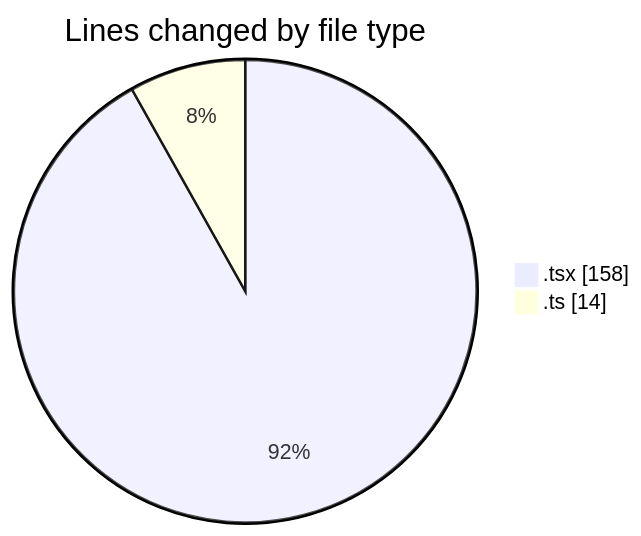
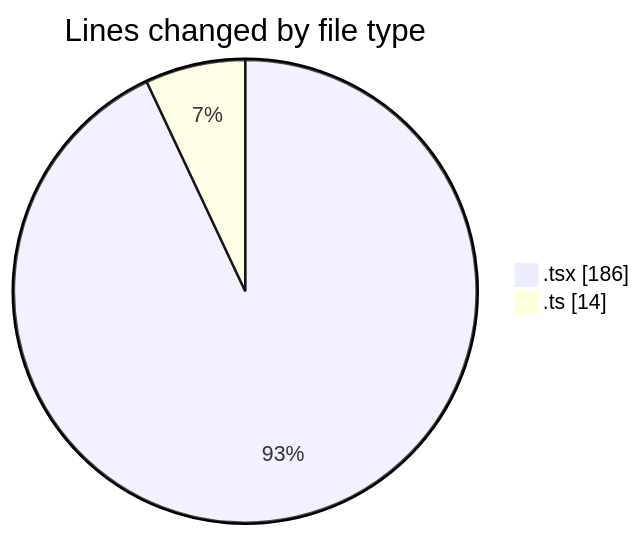
Before and after one commit to robertbonfada/code-tracking: the first of 2 diagrams in 2025-01-10/mbc-web/README.md, drawn with Mermaid. The commit also changed other lines of this file and 1 other file, not shown here.

````diff
--- a/2025-01-10/mbc-web/README.md
+++ b/2025-01-10/mbc-web/README.md
@@ -23,6 +23,6 @@
 ```mermaid
 pie showData
 title Lines changed by file type
-".tsx" : 158
+".tsx" : 186
 ".ts" : 14
 ```
````
